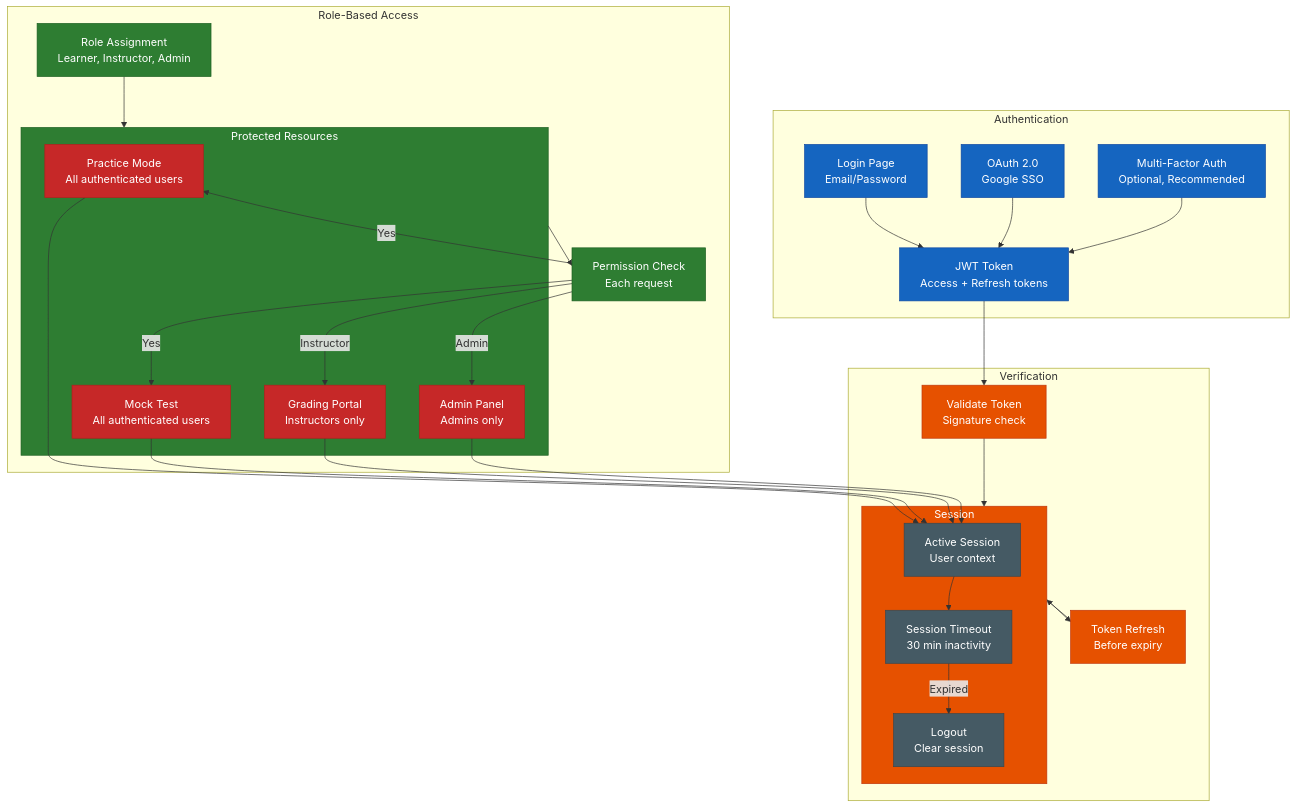
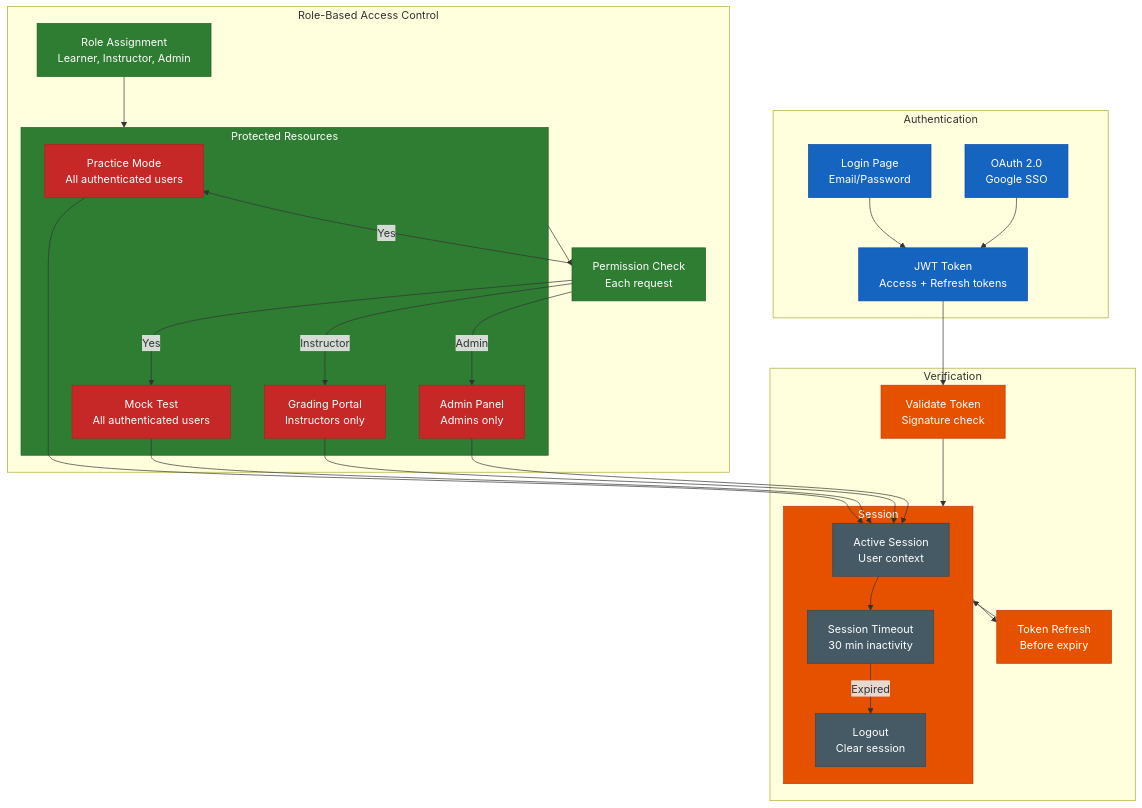
Before and after one commit to nghyane/VSTEP: the eighth of 8 diagrams in docs/capstone/diagrams/flow-diagrams.md, drawn with Mermaid. The commit also changed other lines of this file and 6 other files, not shown here.

````diff
--- a/docs/capstone/diagrams/flow-diagrams.md
+++ b/docs/capstone/diagrams/flow-diagrams.md
@@ -478,67 +563,65 @@
 ```mermaid
 flowchart TB
     subgraph Auth ["Authentication"]
         Login["Login Page<br/>Email/Password"]
         OAuth["OAuth 2.0<br/>Google SSO"]
-        MFA["Multi-Factor Auth<br/>Optional, Recommended"]
         Token["JWT Token<br/>Access + Refresh tokens"]
     end
 
     subgraph Verify ["Verification"]
         Validate["Validate Token<br/>Signature check"]
         Session["Session Management<br/>Redis cache"]
         Refresh["Token Refresh<br/>Before expiry"]
     end
 
-    subgraph RBAC ["Role-Based Access"]
+    subgraph RBAC ["Role-Based Access Control"]
         Roles["Role Assignment<br/>Learner, Instructor, Admin"]
         Permissions["Permission Matrix<br/>Based on role"]
         Check["Permission Check<br/>Each request"]
     end
 
     subgraph Permissions ["Protected Resources"]
         PracticeRes["Practice Mode<br/>All authenticated users"]
         MockRes["Mock Test<br/>All authenticated users"]
         GradingRes["Grading Portal<br/>Instructors only"]
         AdminRes["Admin Panel<br/>Admins only"]
     end
 
     subgraph Session ["Session"]
         Active["Active Session<br/>User context"]
         Timeout["Session Timeout<br/>30 min inactivity"]
         Logout["Logout<br/>Clear session"]
     end
 
     Login --> Token
     OAuth --> Token
-    MFA --> Token
     Token --> Validate
     Validate --> Session
     Session --> Refresh
     Refresh --> Session
     Roles --> Permissions
     Permissions --> Check
     Check -->|Yes| PracticeRes
     Check -->|Yes| MockRes
     Check -->|Instructor| GradingRes
     Check -->|Admin| AdminRes
     PracticeRes --> Active
     MockRes --> Active
     GradingRes --> Active
     AdminRes --> Active
     Active --> Timeout
     Timeout -->|Expired| Logout
 
     classDef auth fill:#1565c0,stroke:#0d47a1,color:#fff
     classDef verify fill:#e65100,stroke:#bf360c,color:#fff
     classDef rbac fill:#2e7d32,stroke:#1b5e20,color:#fff
     classDef permissions fill:#c62828,stroke:#b71c1c,color:#fff
     classDef resources fill:#6a1b9a,stroke:#4a148c,color:#fff
     classDef session fill:#455a64,stroke:#37474f,color:#fff
 
-    class Login,OAuth,MFA,Token auth
+    class Login,OAuth,Token auth
     class Validate,Session,Refresh verify
     class Roles,Permissions,Check rbac
     class PracticeRes,MockRes,GradingRes,AdminRes permissions
     class Active,Timeout,Logout session
 ```
````
